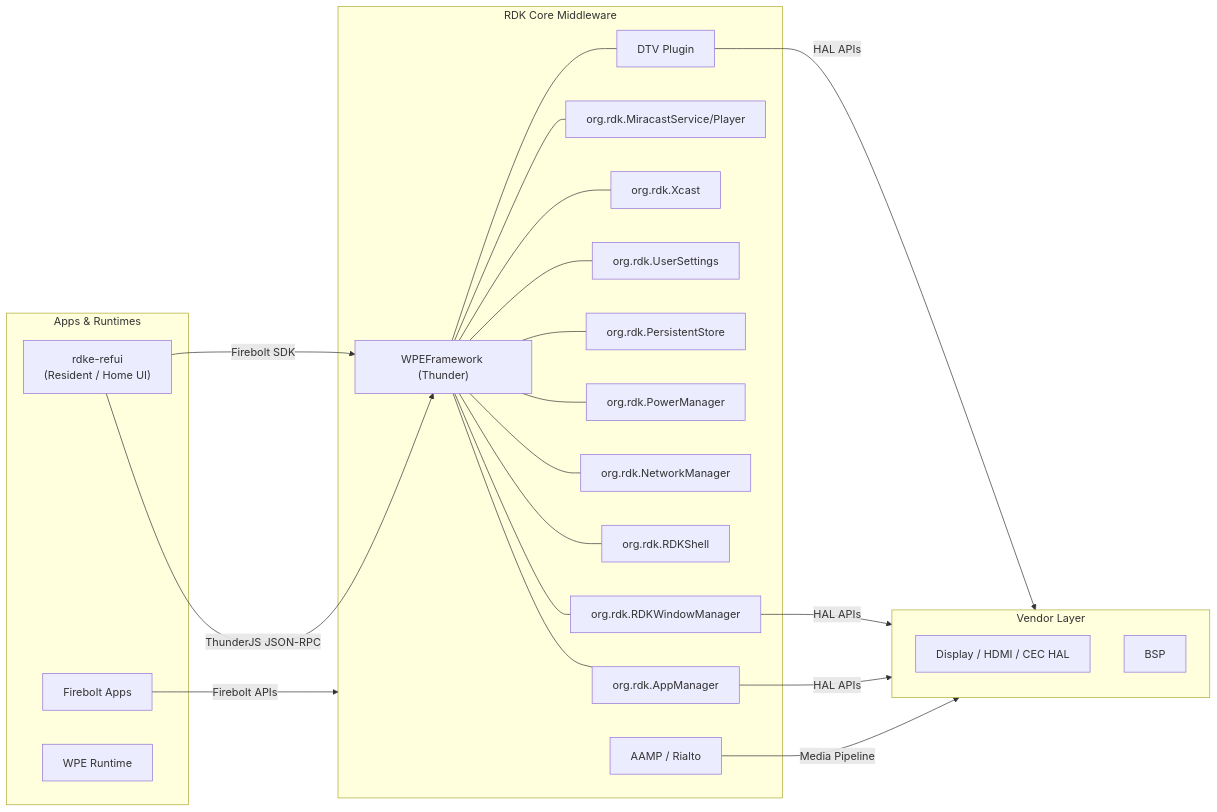
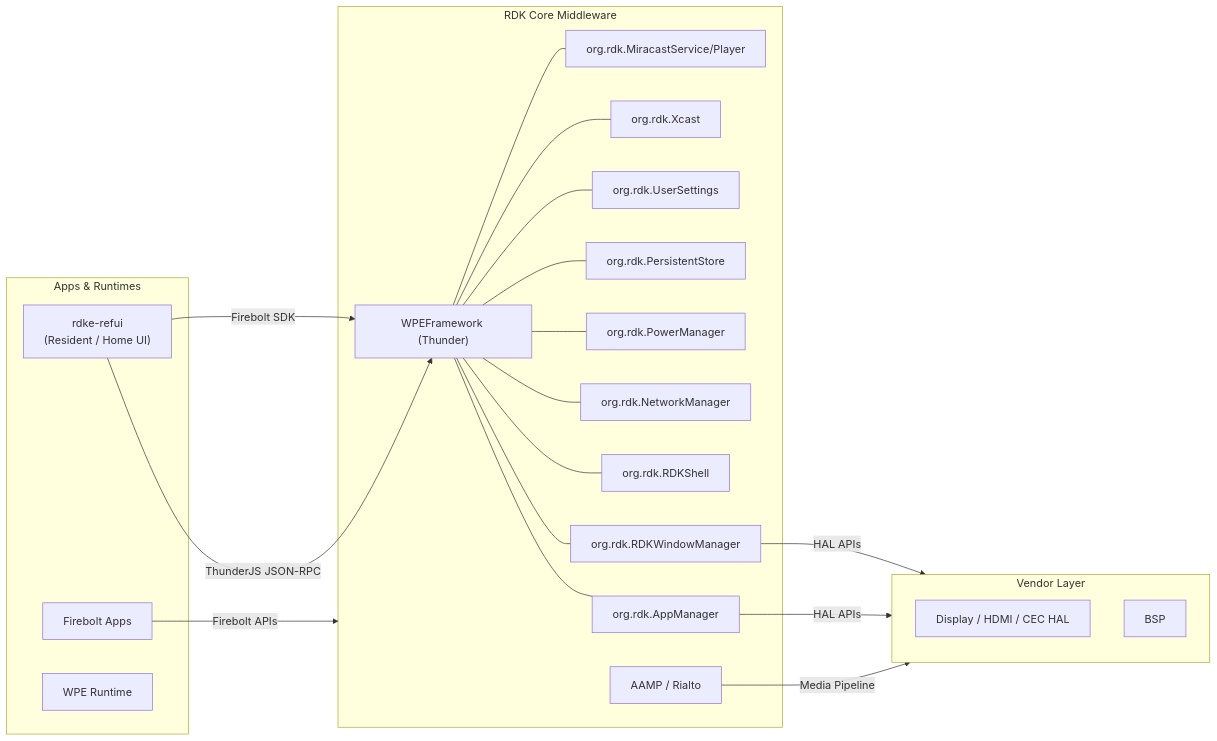
Before and after one commit to rns21/RDK_Documentation: the first of 8 diagrams in docs/docu/RDKV-Documentations/refui.md, drawn with Mermaid. The commit also changed other lines of this file, not shown here.

````diff
--- a/docs/docu/RDKV-Documentations/refui.md
+++ b/docs/docu/RDKV-Documentations/refui.md
@@ -9,55 +9,52 @@
 ```mermaid
 flowchart LR
 
 %% Styles
 classDef Apps stroke:#00B9F1,fill:#E6F7FD,stroke-width:2px;
 classDef RDKMW stroke:#75D701,fill:#F1FFE6,stroke-width:2px;
 classDef VL stroke:#808080,fill:#F2F2F2,stroke-width:2px;
 
 %% Apps Layer
     subgraph Apps["Apps & Runtimes"]
         REFUI["rdke-refui\n(Resident / Home UI)"]
         FBApps["Firebolt Apps"]
         WPE_RT["WPE Runtime"]
     end
 
 %% Middleware
     subgraph RDKMW["RDK Core Middleware"]
         AM["org.rdk.AppManager"]
         WM["org.rdk.RDKWindowManager"]
         Shell["org.rdk.RDKShell"]
         Thunder["WPEFramework (Thunder)"]
         NM["org.rdk.NetworkManager"]
         PM["org.rdk.PowerManager"]
         PS["org.rdk.PersistentStore"]
         US["org.rdk.UserSettings"]
         Xcast["org.rdk.Xcast"]
         Miracast["org.rdk.MiracastService/Player"]
-        DTV["DTV Plugin"]
         AAMP["AAMP / Rialto"]
     end
 
 %% Vendor Layer
     subgraph VL["Vendor Layer"]
         HAL["Display / HDMI / CEC HAL"]
         BSP["BSP"]
     end
 
     REFUI -->|ThunderJS JSON-RPC| Thunder
     FBApps -->|Firebolt APIs| RDKMW
     Thunder --- AM
     Thunder --- WM
     Thunder --- Shell
     Thunder --- NM
     Thunder --- PM
     Thunder --- PS
     Thunder --- US
     Thunder --- Xcast
     Thunder --- Miracast
-    Thunder --- DTV
     REFUI -->|Firebolt SDK| Thunder
     AM -->|HAL APIs| VL
     WM -->|HAL APIs| VL
-    DTV -->|HAL APIs| VL
     AAMP -->|Media Pipeline| VL
 ```
````
